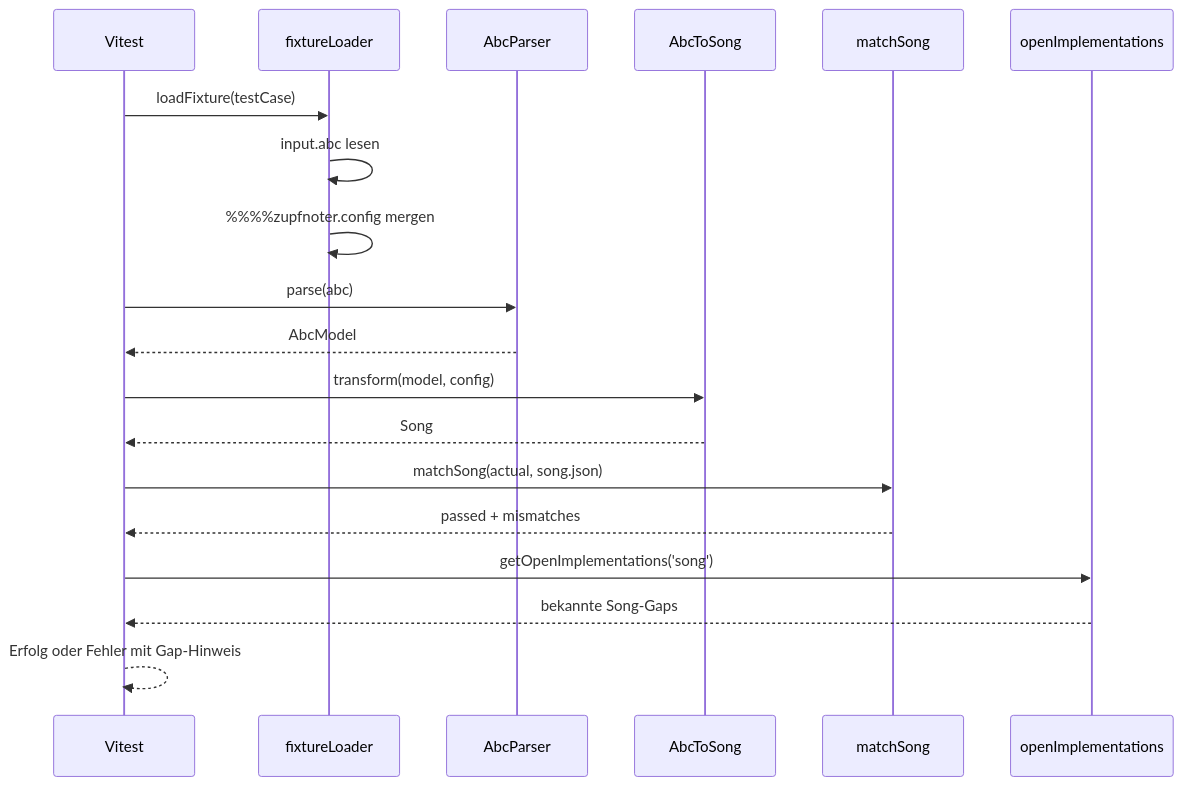
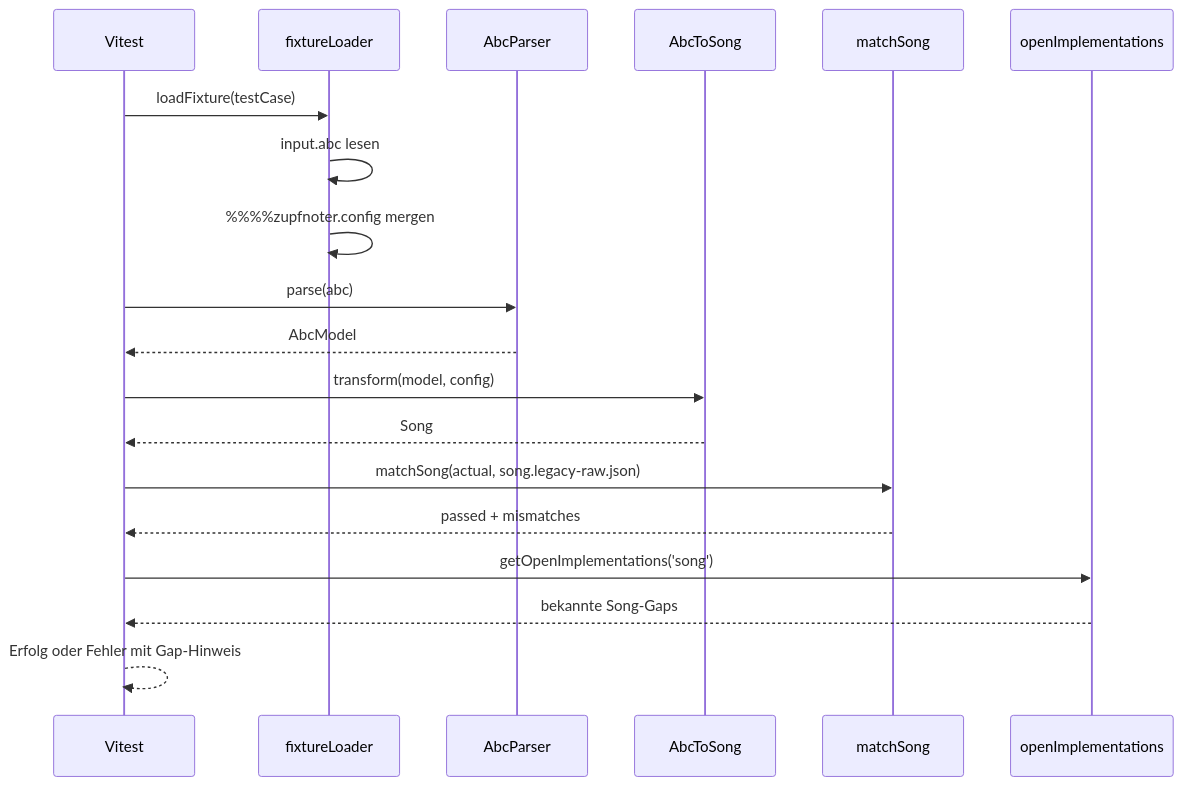
One commit to bwl21/zupfnoter-ts changed the second of 5 diagrams in docs/testing/fixture-driven-testing.md. Above: the diagram before and after it, drawn with Mermaid. The commit also changed other lines of this file and 113 other files, not shown here.

````diff
--- a/docs/testing/fixture-driven-testing.md
+++ b/docs/testing/fixture-driven-testing.md
@@ -92,22 +96,22 @@
 ```mermaid
 sequenceDiagram
   participant Vitest
   participant Loader as fixtureLoader
   participant Parser as AbcParser
   participant Song as AbcToSong
   participant Match as matchSong
   participant Gaps as openImplementations
 
   Vitest->>Loader: loadFixture(testCase)
   Loader->>Loader: input.abc lesen
   Loader->>Loader: %%%%zupfnoter.config mergen
   Vitest->>Parser: parse(abc)
   Parser-->>Vitest: AbcModel
   Vitest->>Song: transform(model, config)
   Song-->>Vitest: Song
-  Vitest->>Match: matchSong(actual, song.json)
+  Vitest->>Match: matchSong(actual, song.legacy-raw.json)
   Match-->>Vitest: passed + mismatches
   Vitest->>Gaps: getOpenImplementations('song')
   Gaps-->>Vitest: bekannte Song-Gaps
   Vitest-->>Vitest: Erfolg oder Fehler mit Gap-Hinweis
 ```
````
